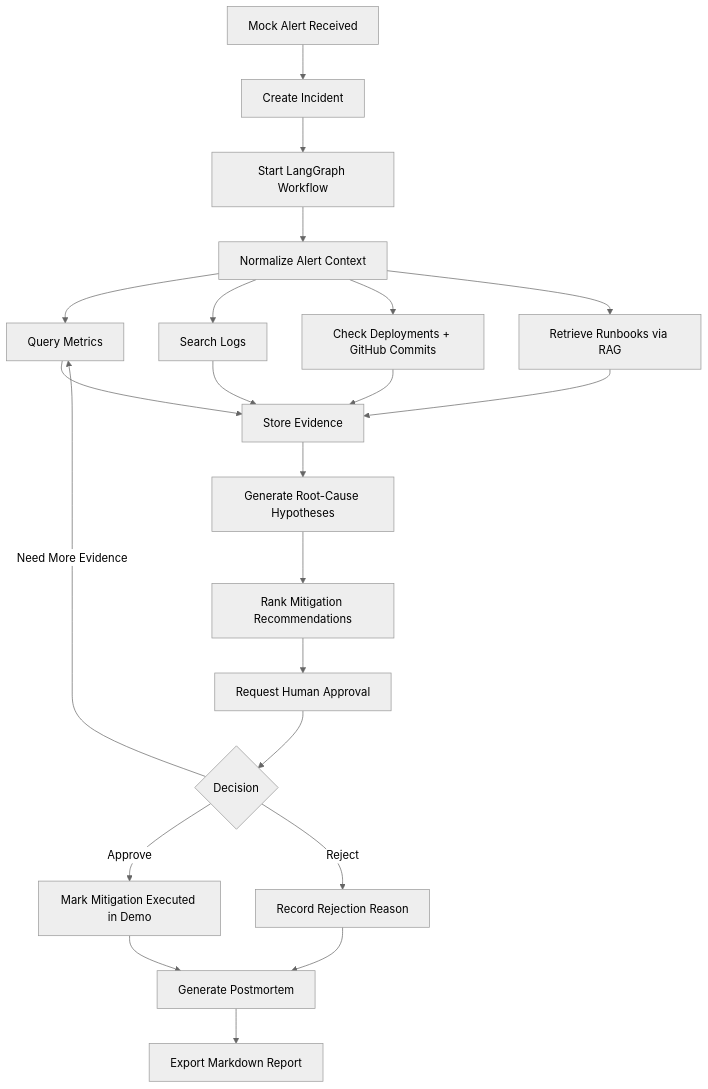
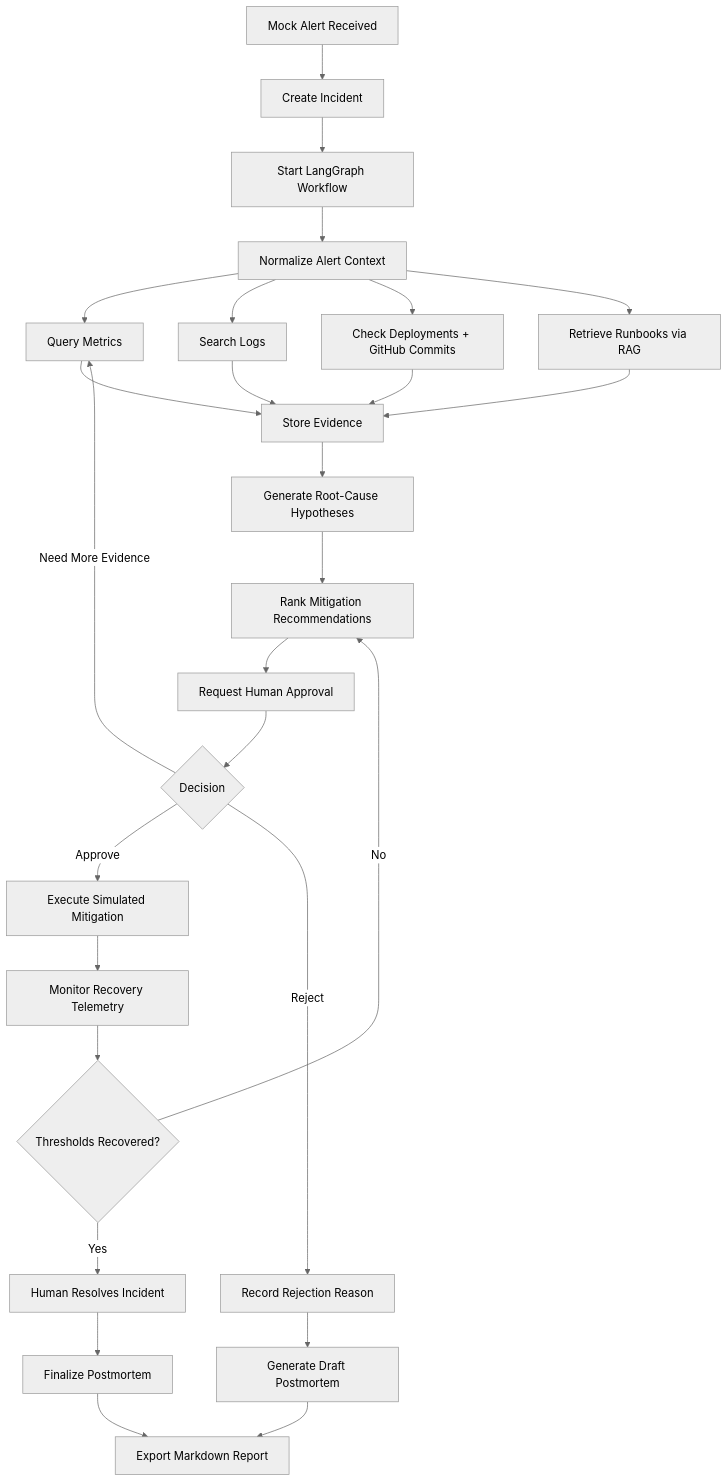
One commit to Sonawane07/agentic-ai-incident-commander changed the first of 2 diagrams in docs/data-flow.md. Above: the diagram before and after it, drawn with Mermaid (neutral theme). The commit also changed other lines of this file and 20 other files, not shown here.

Commit message:
Complete mitigation recovery lifecycle

````diff
--- a/docs/data-flow.md
+++ b/docs/data-flow.md
@@ -9,24 +9,29 @@
 ```mermaid
 flowchart TD
     A["Mock Alert Received"] --> B["Create Incident"]
     B --> C["Start LangGraph Workflow"]
     C --> D["Normalize Alert Context"]
     D --> E1["Query Metrics"]
     D --> E2["Search Logs"]
     D --> E3["Check Deployments + GitHub Commits"]
     D --> E4["Retrieve Runbooks via RAG"]
     E1 --> F["Store Evidence"]
     E2 --> F
     E3 --> F
     E4 --> F
     F --> G["Generate Root-Cause Hypotheses"]
     G --> H["Rank Mitigation Recommendations"]
     H --> I["Request Human Approval"]
     I --> J{"Decision"}
-    J -->|Approve| K["Mark Mitigation Executed in Demo"]
+    J -->|Approve| K["Execute Simulated Mitigation"]
     J -->|Reject| L["Record Rejection Reason"]
     J -->|Need More Evidence| E1
-    K --> M["Generate Postmortem"]
-    L --> M
-    M --> N["Export Markdown Report"]
+    K --> M["Monitor Recovery Telemetry"]
+    M --> N{"Thresholds Recovered?"}
+    N -->|Yes| O["Human Resolves Incident"]
+    N -->|No| H
+    O --> P["Finalize Postmortem"]
+    L --> Q["Generate Draft Postmortem"]
+    P --> R["Export Markdown Report"]
+    Q --> R
 ```
````
